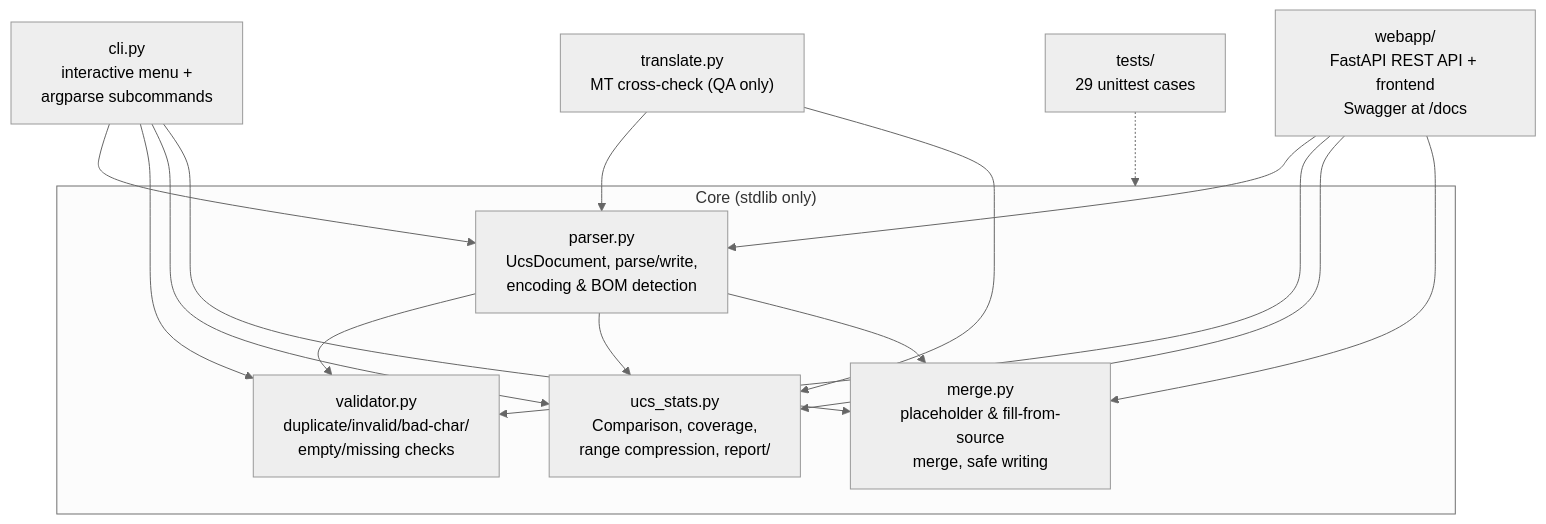
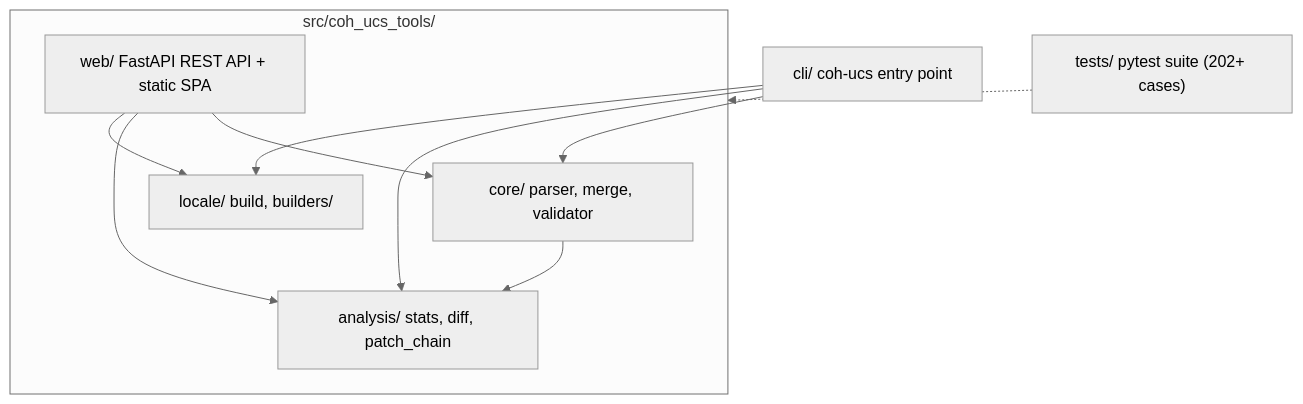
The diagram in README.md (benmed00/coh-ucs-tools), drawn with Mermaid (neutral theme) before and after one commit. The commit also changed other lines of this file and 229 other files, not shown here.

````diff
--- a/README.md
+++ b/README.md
@@ -77,21 +73,16 @@
 ```mermaid
 flowchart TD
-    subgraph core ["Core (stdlib only)"]
-        parser["parser.py<br/>UcsDocument, parse/write,<br/>encoding & BOM detection"]
-        validator["validator.py<br/>duplicate/invalid/bad-char/<br/>empty/missing checks"]
-        stats["ucs_stats.py<br/>Comparison, coverage,<br/>range compression, report/"]
-        merge["merge.py<br/>placeholder & fill-from-source<br/>merge, safe writing"]
+    subgraph pkg ["src/coh_ucs_tools/"]
+        core["core/ parser, merge, validator"]
+        analysis["analysis/ stats, diff, patch_chain"]
+        locale["locale/ build, builders/"]
+        web["web/ FastAPI REST API + static SPA"]
     end
-    cli["cli.py<br/>interactive menu +<br/>argparse subcommands"]
-    translate["translate.py<br/>MT cross-check (QA only)"]
-    webapp["webapp/<br/>FastAPI REST API + frontend<br/>Swagger at /docs"]
-    tests["tests/<br/>29 unittest cases"]
+    cli["cli/ coh-ucs entry point"]
+    tests["tests/ pytest suite (202+ cases)"]
 
-    parser --> validator
-    parser --> stats
-    parser --> merge
-    cli --> parser & validator & stats & merge
-    translate --> parser & stats
-    webapp --> parser & validator & stats & merge
-    tests -.-> core
+    core --> analysis
+    cli --> core & analysis & locale
+    web --> core & analysis & locale
+    tests -.-> pkg
 ```
````
